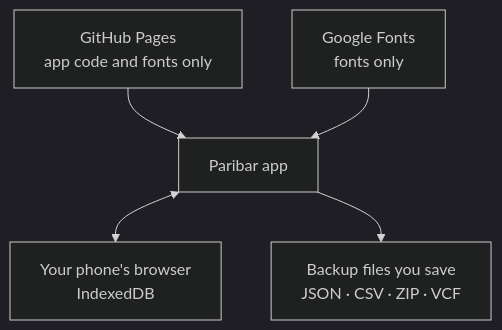
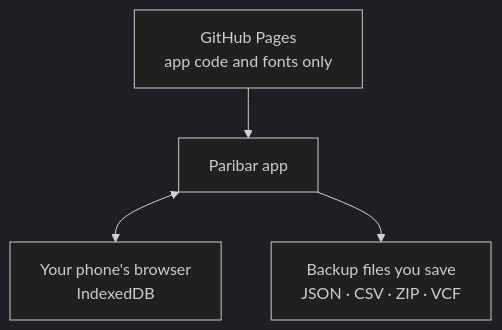
One commit to akaseahawk/paribar-family-tree changed the ninth of 10 diagrams in README.md. Above: the diagram before and after it, drawn with Mermaid (dark theme).

Commit message:
README: remove Google Fonts from diagram (fonts are self-hosted)

````diff
--- a/README.md
+++ b/README.md
@@ -214,7 +214,6 @@
 ```mermaid
 flowchart TD
   S["GitHub Pages<br/>app code and fonts only"] --> A["Paribar app"]
-  F["Google Fonts<br/>fonts only"] --> A
   A <--> P["Your phone's browser<br/>IndexedDB"]
   A --> B["Backup files you save<br/>JSON · CSV · ZIP · VCF"]
 ```
````
